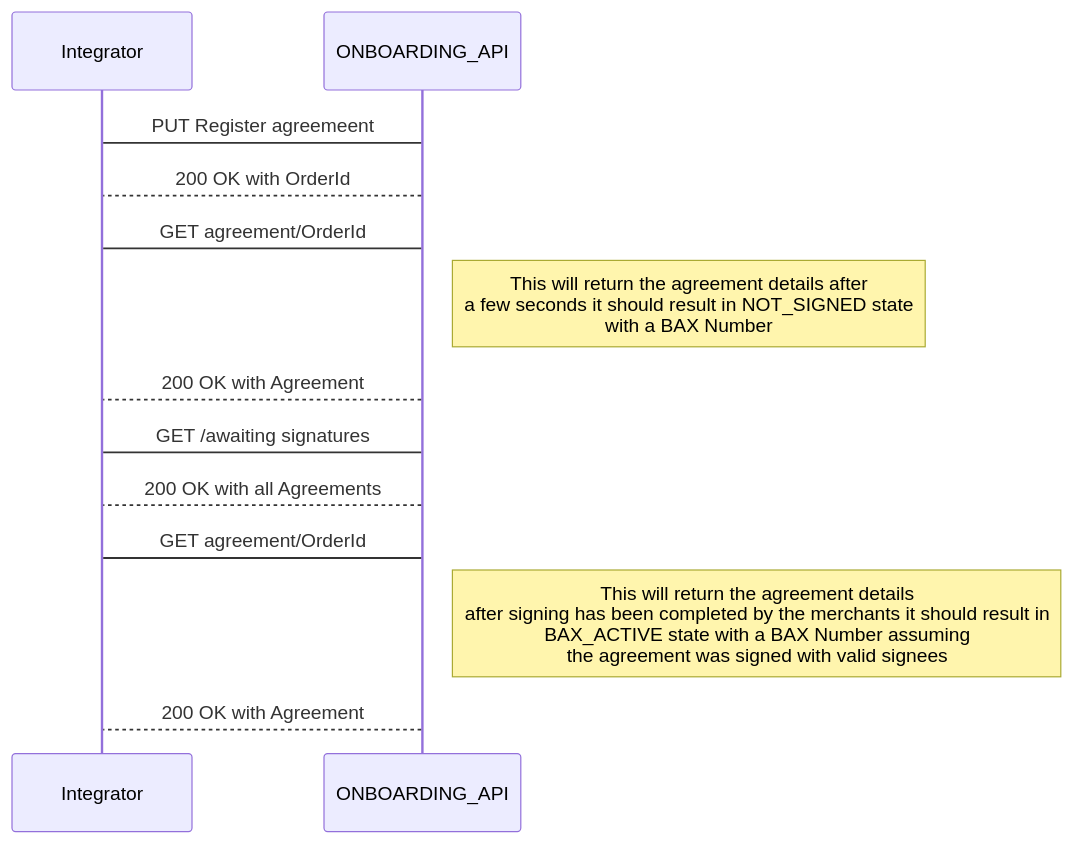
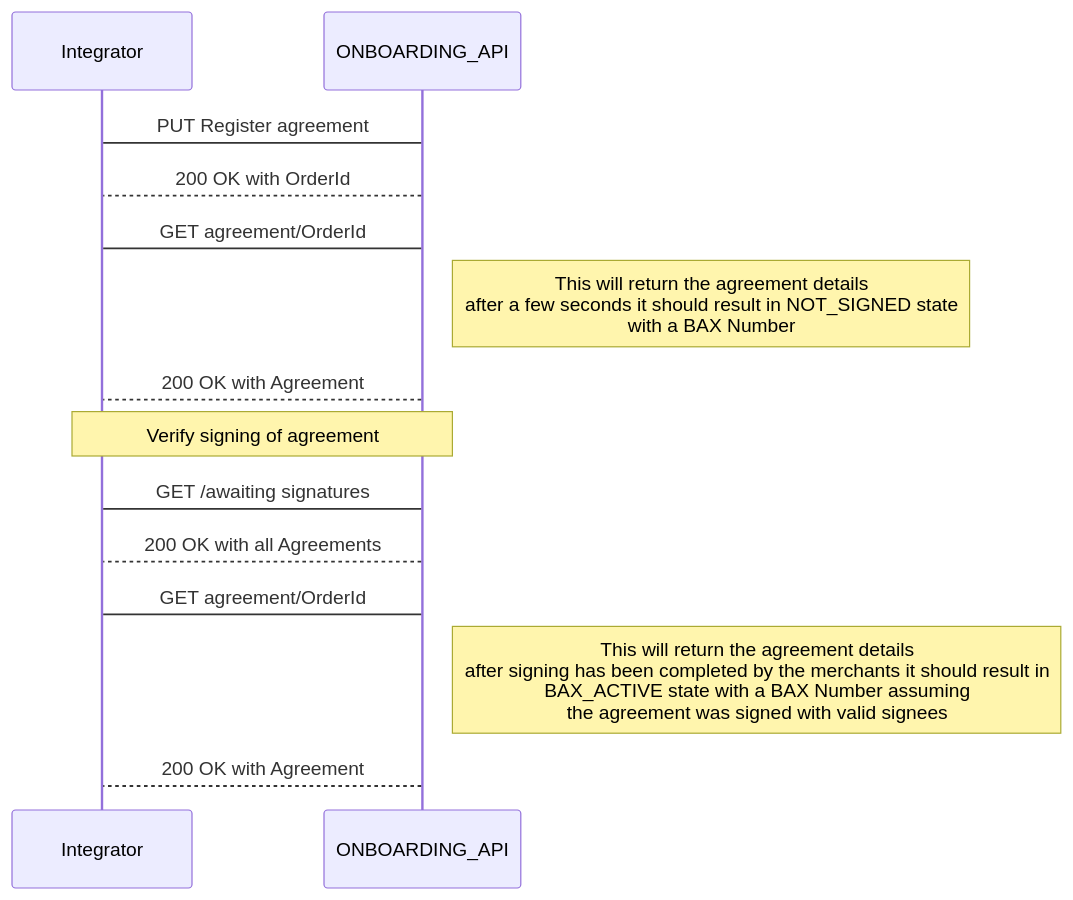
One commit to BankAxept/bankaxept-onboarding-external-documentation changed the first of 5 diagrams in docs/getting_started.md. Above: the diagram before and after it, drawn with Mermaid. The commit also changed other lines of this file and 7 other files, not shown here.

Commit message:
clean up and sequenceDiagrams

````diff
--- a/docs/getting_started.md
+++ b/docs/getting_started.md
@@ -19,18 +21,18 @@
 ```mermaid
 sequenceDiagram
 participant Integrator
 participant ONBOARDING_API
 
-Integrator -> ONBOARDING_API: PUT Register agreemeent
+Integrator -> ONBOARDING_API: PUT Register agreement
 ONBOARDING_API --> Integrator: 200 OK with OrderId
 Integrator -> ONBOARDING_API : GET agreement/OrderId
 
-note right of ONBOARDING_API: This will return the agreement details after <br/> a few seconds it should result in NOT_SIGNED state <br/> with a BAX Number
+note right of ONBOARDING_API: This will return the agreement details <br/> after a few seconds it should result in NOT_SIGNED state <br/> with a BAX Number
 ONBOARDING_API --> Integrator: 200 OK with Agreement
+note over Integrator, ONBOARDING_API: Verify signing of agreement
 Integrator -> ONBOARDING_API: GET /awaiting signatures
 ONBOARDING_API --> Integrator: 200 OK with all Agreements
 Integrator -> ONBOARDING_API : GET agreement/OrderId
 note right of ONBOARDING_API: This will return the agreement details <br/> after signing has been completed by the merchants  it should result in <br/> BAX_ACTIVE state with a BAX Number assuming <br/> the agreement was signed with valid signees
 ONBOARDING_API --> Integrator: 200 OK with Agreement
-
 ```
````
